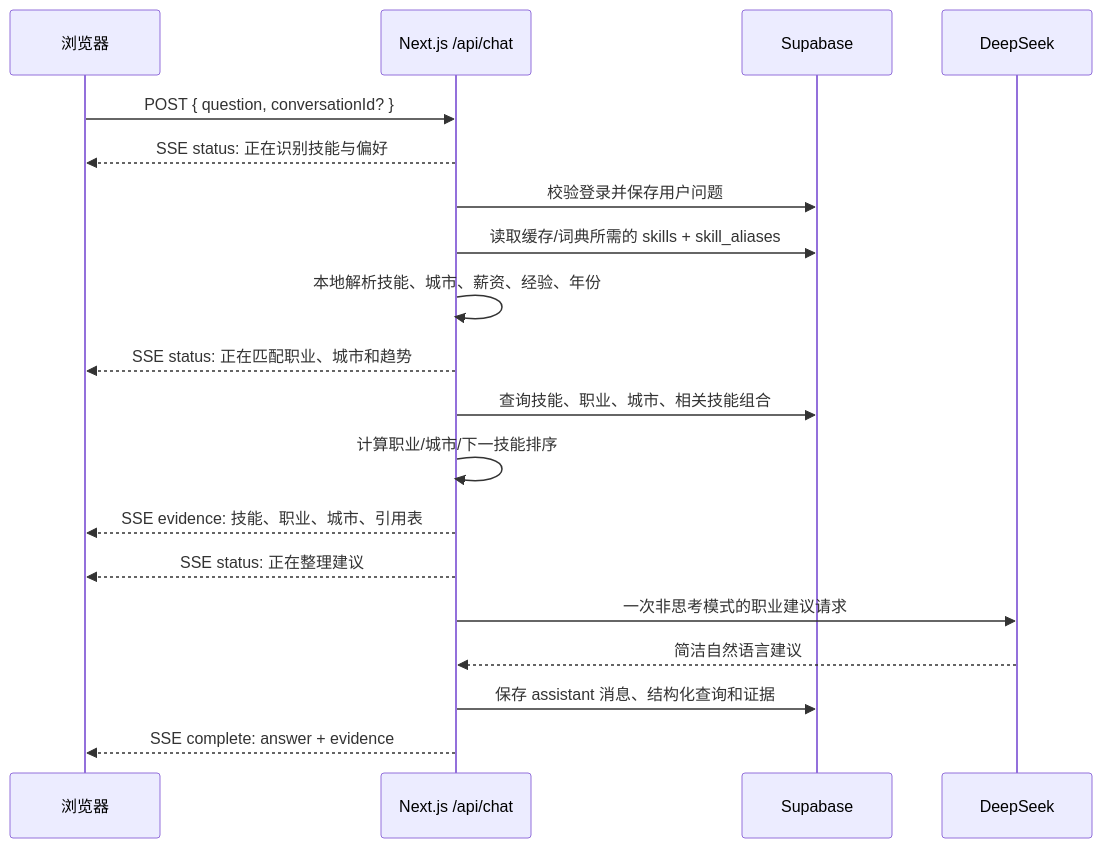
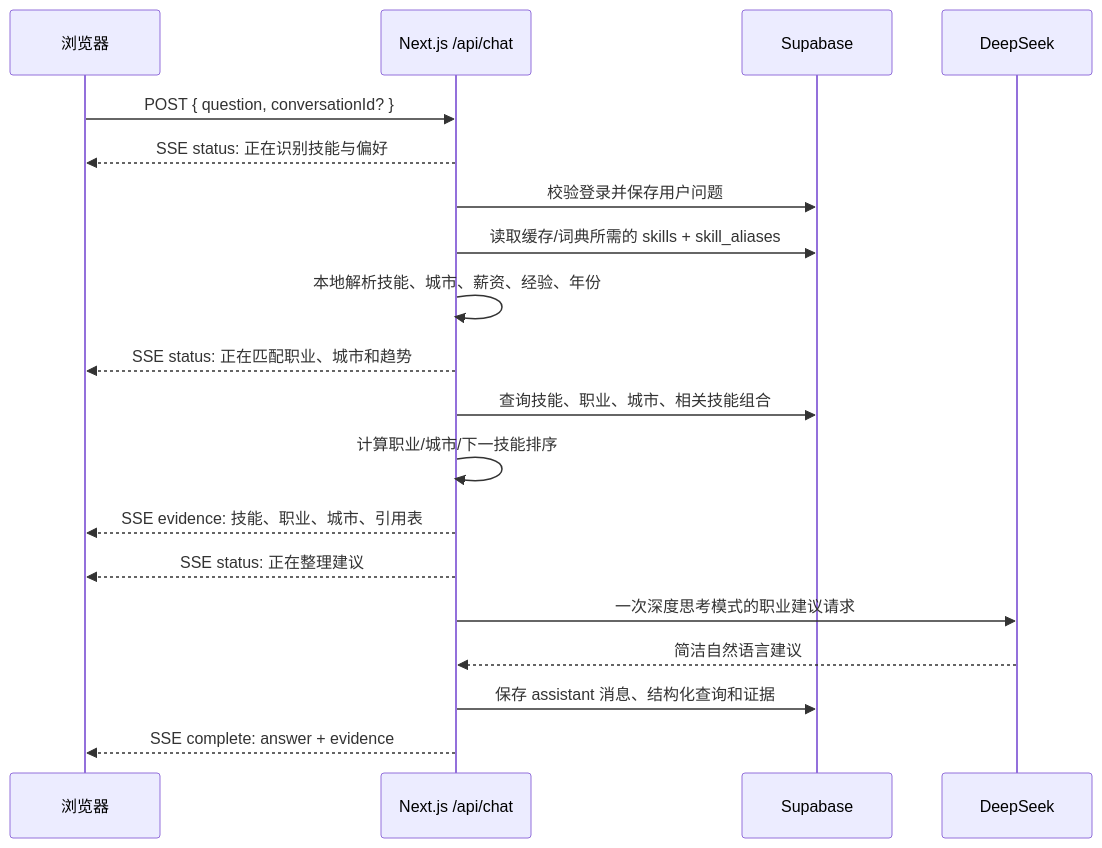
Before and after one commit to sunny20060815/career_vector: the second of 2 diagrams in docs/PROJECT_ARCHITECTURE.md, drawn with Mermaid. The commit also changed other lines of this file and 19 other files, not shown here.

````diff
--- a/docs/PROJECT_ARCHITECTURE.md
+++ b/docs/PROJECT_ARCHITECTURE.md
@@ -106,22 +106,22 @@
 ```mermaid
 sequenceDiagram
   participant B as 浏览器
   participant N as Next.js /api/chat
   participant S as Supabase
   participant D as DeepSeek
 
   B->>N: POST { question, conversationId? }
   N-->>B: SSE status: 正在识别技能与偏好
   N->>S: 校验登录并保存用户问题
   N->>S: 读取缓存/词典所需的 skills + skill_aliases
   N->>N: 本地解析技能、城市、薪资、经验、年份
   N-->>B: SSE status: 正在匹配职业、城市和趋势
   N->>S: 查询技能、职业、城市、相关技能组合
   N->>N: 计算职业/城市/下一技能排序
   N-->>B: SSE evidence: 技能、职业、城市、引用表
   N-->>B: SSE status: 正在整理建议
-  N->>D: 一次非思考模式的职业建议请求
+  N->>D: 一次深度思考模式的职业建议请求
   D-->>N: 简洁自然语言建议
   N->>S: 保存 assistant 消息、结构化查询和证据
   N-->>B: SSE complete: answer + evidence
 ```
````
